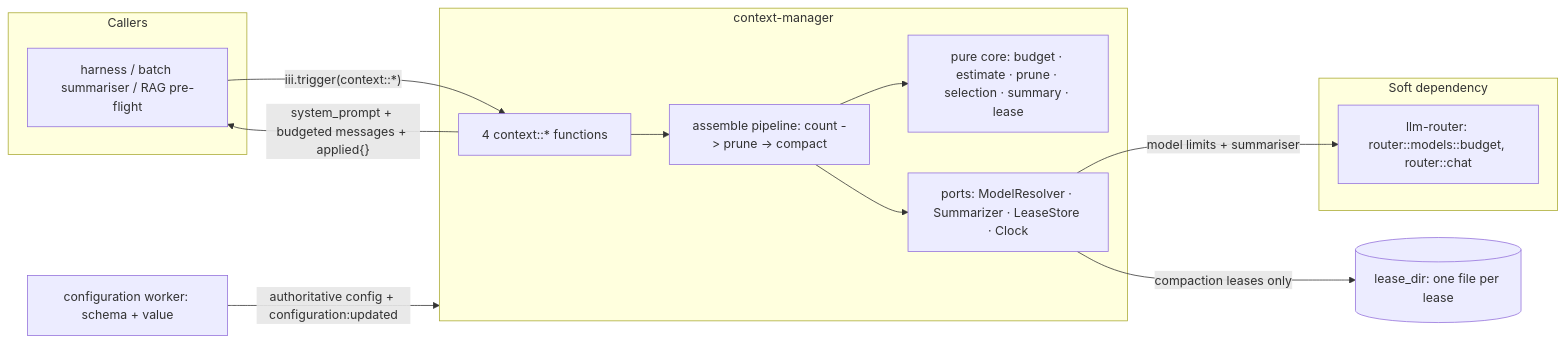
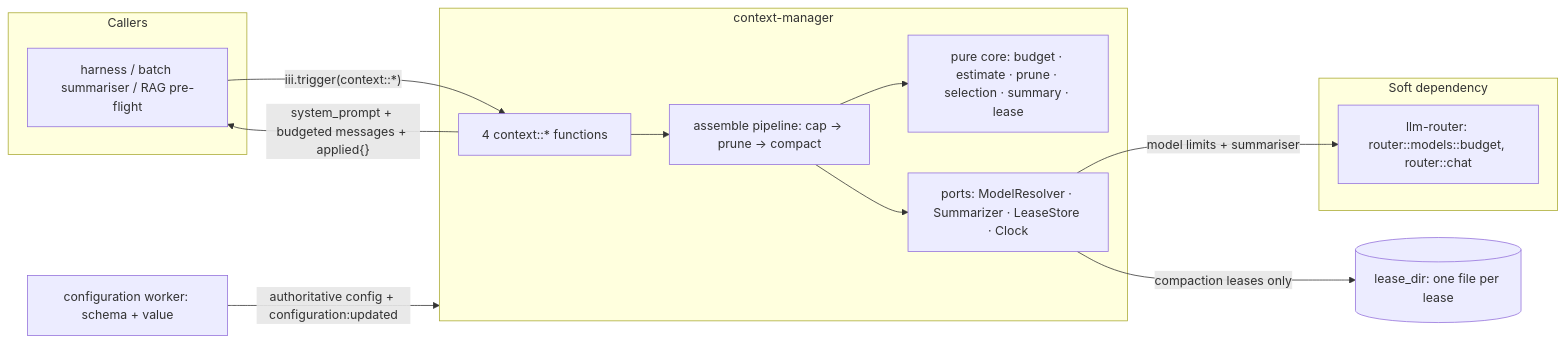
One commit to iii-hq/workers changed the diagram in context-manager/architecture/README.md. Above: the diagram before and after it, drawn with Mermaid. The commit also changed other lines of this file and 2 other files, not shown here.

First line of the commit message:
docs(context-manager): reconcile architecture docs with the cap+prune pipeline

````diff
--- a/context-manager/architecture/README.md
+++ b/context-manager/architecture/README.md
@@ -47,24 +47,24 @@
 ```mermaid
 flowchart LR
   subgraph callers [Callers]
     harness[harness / batch summariser / RAG pre-flight]
   end
   subgraph worker [context-manager]
     fns["4 context::* functions"]
-    pipe["assemble pipeline: count -> prune -> compact"]
+    pipe["assemble pipeline: cap -> prune -> compact"]
     core["pure core: budget · estimate · prune · selection · summary · lease"]
     ports["ports: ModelResolver · Summarizer · LeaseStore · Clock"]
   end
   subgraph deps [Soft dependency]
     router["llm-router: router::models::budget, router::chat"]
   end
   leases[("lease_dir: one file per lease")]
   cfg["configuration worker: schema + value"]
   harness -->|"iii.trigger(context::*)"| fns
   fns --> pipe --> core
   pipe --> ports
   ports -->|model limits + summariser| router
   ports -->|compaction leases only| leases
   cfg -->|"authoritative config + configuration:updated"| worker
   fns -->|"system_prompt + budgeted messages + applied{}"| harness
 ```
````
